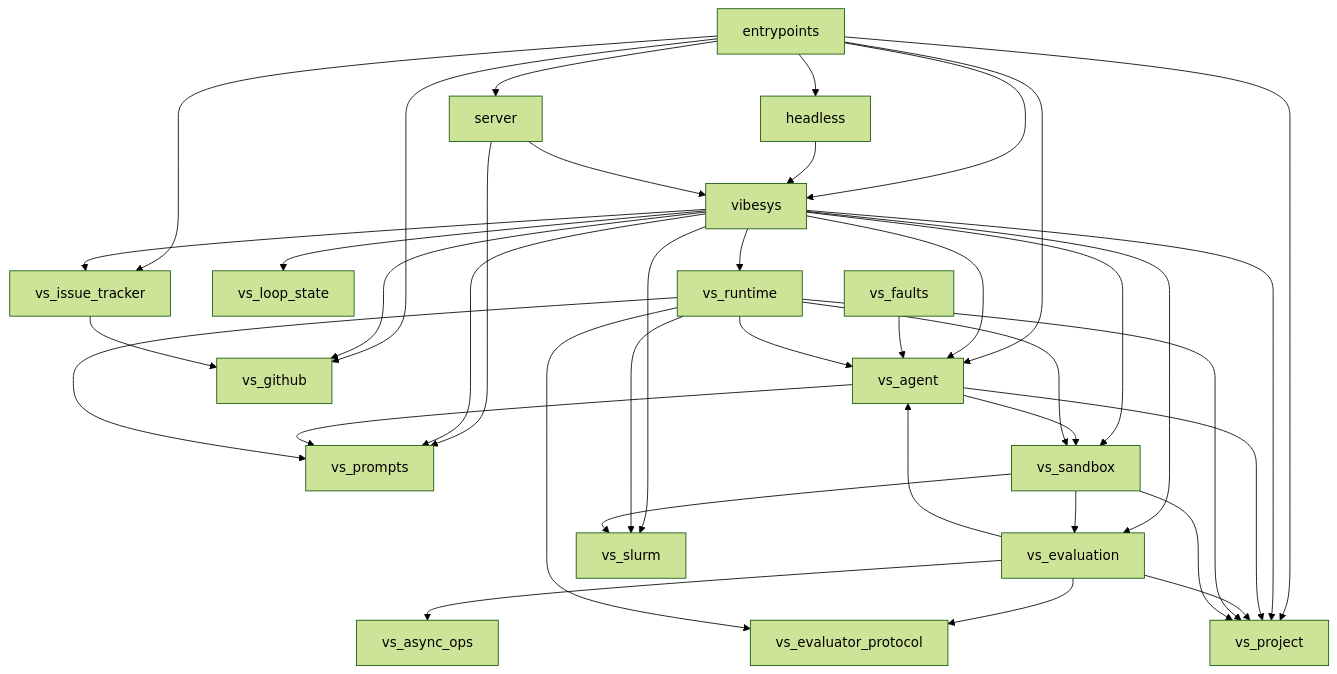
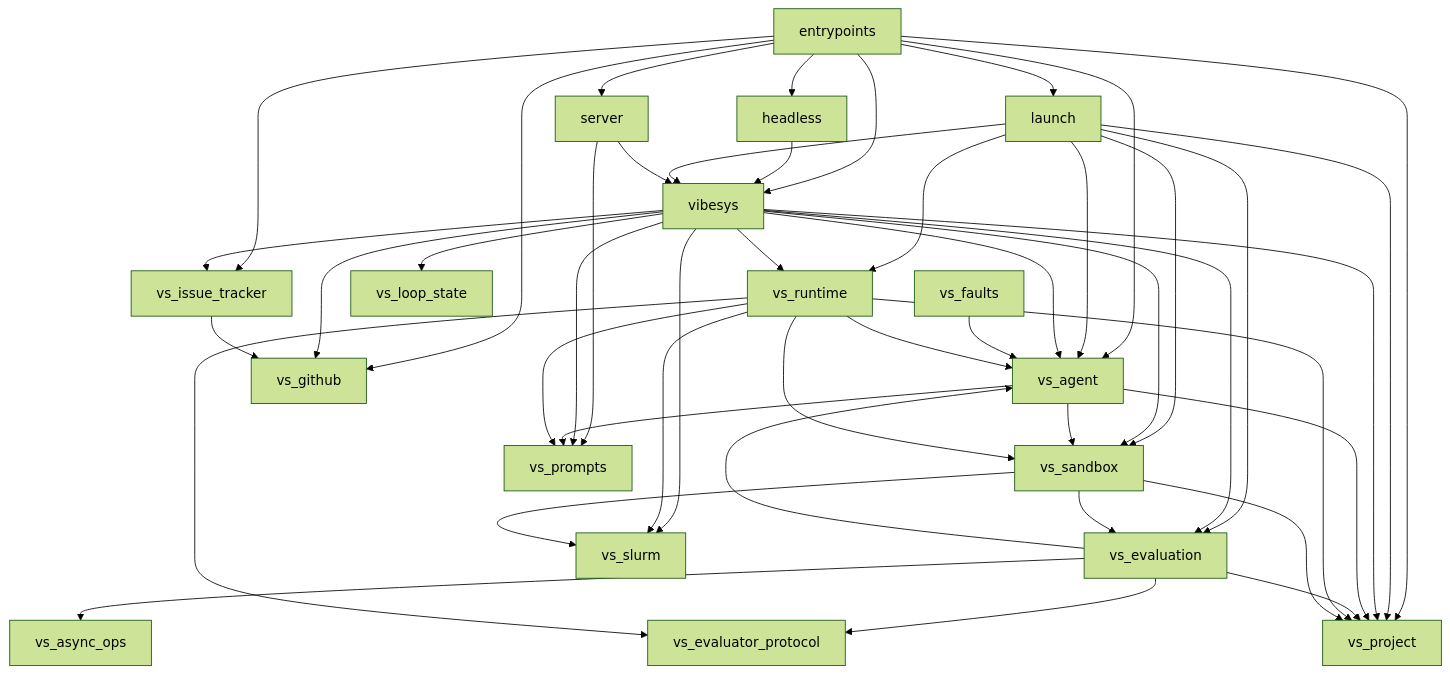
Before and after one commit to uw-syfi/vibesys: the first of 3 diagrams in docs/contributing/architecture.md, drawn with Mermaid (forest theme). The commit also changed other lines of this file and 82 other files, not shown here.

````diff
--- a/docs/contributing/architecture.md
+++ b/docs/contributing/architecture.md
@@ -70,41 +78,48 @@
 ```mermaid
 graph TD
     entrypoints --> headless
+    entrypoints --> launch
     entrypoints --> server
     entrypoints --> vibesys
     entrypoints --> vs_agent
     entrypoints --> vs_github
     entrypoints --> vs_issue_tracker
     entrypoints --> vs_project
     headless --> vibesys
+    launch --> vibesys
+    launch --> vs_agent
+    launch --> vs_evaluation
+    launch --> vs_project
+    launch --> vs_runtime
+    launch --> vs_sandbox
     server --> vibesys
     server --> vs_prompts
     vibesys --> vs_agent
     vibesys --> vs_evaluation
     vibesys --> vs_github
     vibesys --> vs_issue_tracker
     vibesys --> vs_loop_state
     vibesys --> vs_project
     vibesys --> vs_prompts
     vibesys --> vs_runtime
     vibesys --> vs_sandbox
     vibesys --> vs_slurm
     vs_agent --> vs_project
     vs_agent --> vs_prompts
     vs_agent --> vs_sandbox
     vs_evaluation --> vs_agent
     vs_evaluation --> vs_async_ops
     vs_evaluation --> vs_evaluator_protocol
     vs_evaluation --> vs_project
     vs_faults --> vs_agent
     vs_issue_tracker --> vs_github
     vs_runtime --> vs_agent
     vs_runtime --> vs_evaluator_protocol
     vs_runtime --> vs_project
     vs_runtime --> vs_prompts
     vs_runtime --> vs_sandbox
     vs_runtime --> vs_slurm
     vs_sandbox --> vs_evaluation
     vs_sandbox --> vs_project
     vs_sandbox --> vs_slurm
 ```
````
